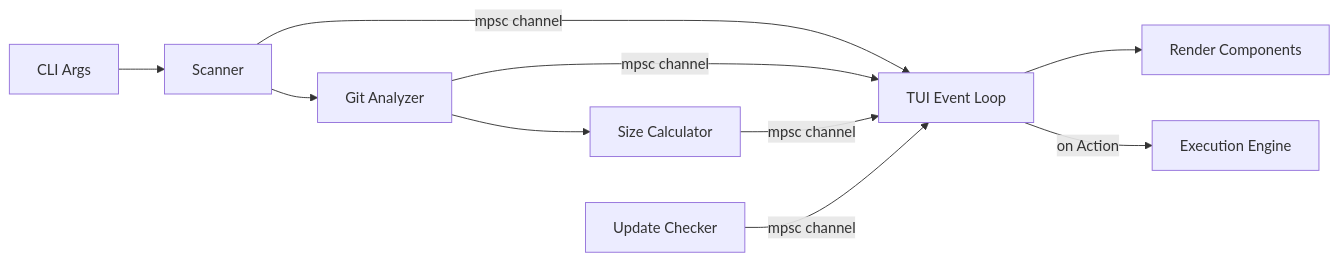
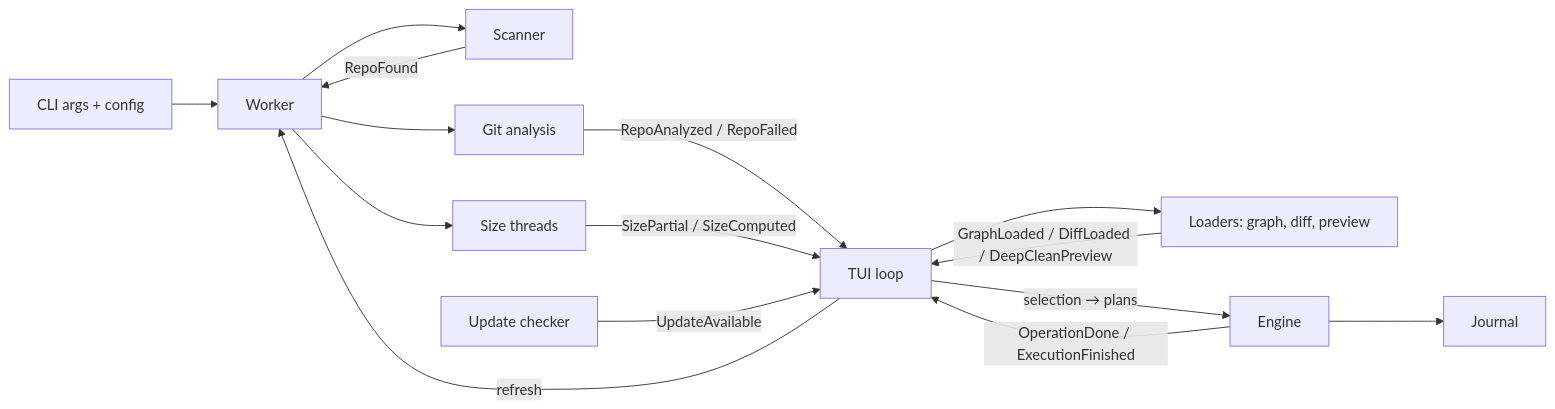
Before and after one commit to AymericChaverot/sloth: the diagram in docs/ARCHITECTURE.md, drawn with Mermaid. The commit also changed other lines of this file and 55 other files, not shown here.

````diff
--- a/docs/ARCHITECTURE.md
+++ b/docs/ARCHITECTURE.md
@@ -9,12 +11,17 @@
 ```mermaid
 graph LR
-    A[CLI Args] --> B[Scanner]
-    B -->|mpsc channel| C[TUI Event Loop]
-    B --> D[Git Analyzer]
-    D -->|mpsc channel| C
-    D --> G[Size Calculator]
-    G -->|mpsc channel| C
-    C --> E[Render Components]
-    C -->|on Action| F[Execution Engine]
-    H[Update Checker] -->|mpsc channel| C
+    A[CLI args + config] --> W[Worker]
+    W --> S[Scanner]
+    S -->|RepoFound| W
+    W --> G[Git analysis]
+    G -->|RepoAnalyzed / RepoFailed| UI[TUI loop]
+    W --> Z[Size threads]
+    Z -->|SizePartial / SizeComputed| UI
+    UI --> L[Loaders: graph, diff, preview]
+    L -->|GraphLoaded / DiffLoaded / DeepCleanPreview| UI
+    UI -->|selection → plans| E[Engine]
+    E -->|OperationDone / ExecutionFinished| UI
+    E --> J[Journal]
+    UI -->|refresh| W
+    U[Update checker] -->|UpdateAvailable| UI
 ```
````
